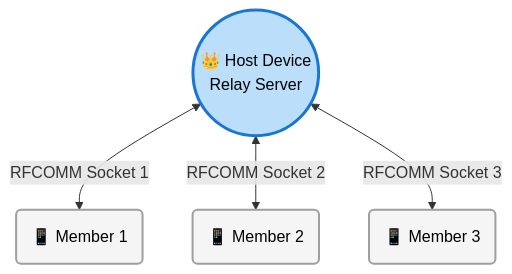
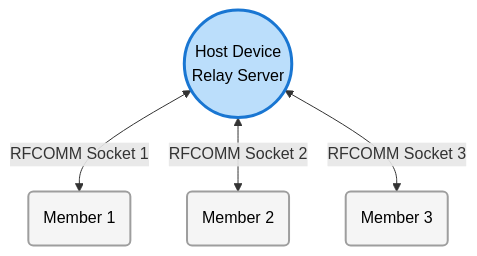
One commit to amEya911/NearChat changed the second of 4 diagrams in README.md. Above: the diagram before and after it, drawn with Mermaid. The commit also changed other lines of this file, not shown here.

````diff
--- a/README.md
+++ b/README.md
@@ -84,16 +84,16 @@
 ```mermaid
 graph TD
-    Host((👑 Host Device<br/>Relay Server))
-    Member1(📱 Member 1)
-    Member2(📱 Member 2)
-    Member3(📱 Member 3)
+    Host((Host Device<br/>Relay Server))
+    Member1(Member 1)
+    Member2(Member 2)
+    Member3(Member 3)
 
     Host <-->|RFCOMM Socket 1| Member1
     Host <-->|RFCOMM Socket 2| Member2
     Host <-->|RFCOMM Socket 3| Member3
 
     style Host fill:#bbdefb,stroke:#1976d2,stroke-width:3px,color:#000
     style Member1 fill:#f5f5f5,stroke:#9e9e9e,stroke-width:2px,color:#000
     style Member2 fill:#f5f5f5,stroke:#9e9e9e,stroke-width:2px,color:#000
     style Member3 fill:#f5f5f5,stroke:#9e9e9e,stroke-width:2px,color:#000
 ```
````
